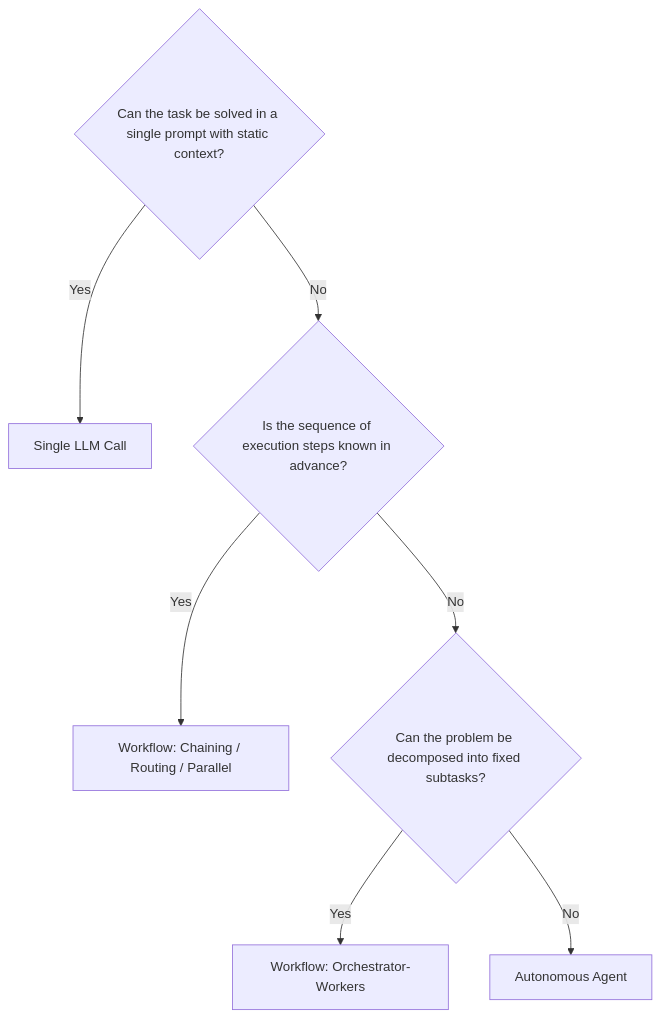
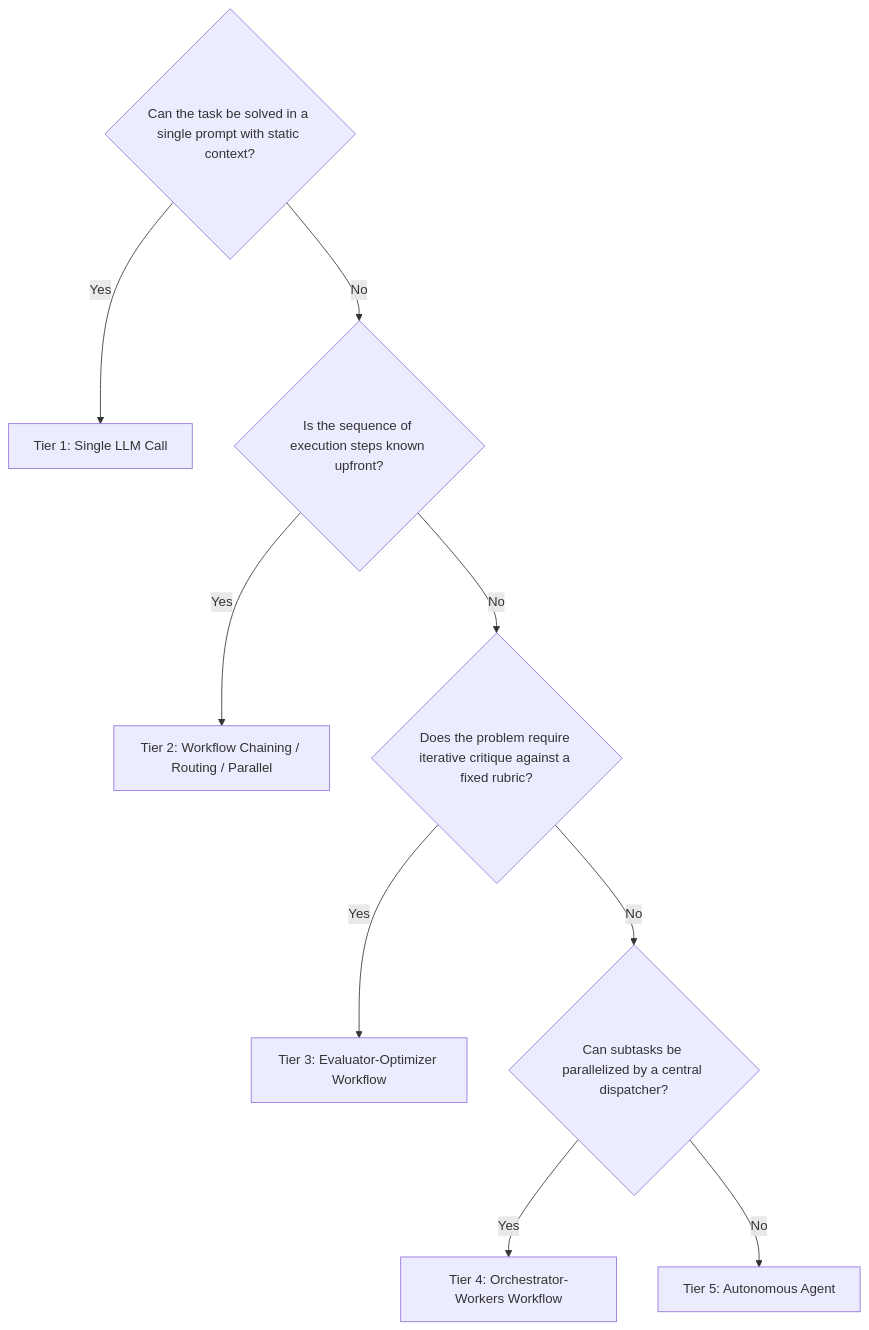
One commit to sivaskm/agentic-ai-engineering changed diagram 12 of 14 in module-01-agentic-ai-foundations/content/01-from-generative-ai-to-agentic-control-loops.md. Above: the diagram before and after it, drawn with Mermaid. The commit also changed other lines of this file, not shown here.

Commit message:
docs(module-01): enrich Unit 1.1 with Anthropic and OpenAI agent design frameworks

````diff
--- a/module-01-agentic-ai-foundations/content/01-from-generative-ai-to-agentic-control-loops.md
+++ b/module-01-agentic-ai-foundations/content/01-from-generative-ai-to-agentic-control-loops.md
@@ -321,12 +390,15 @@
 ```mermaid
 flowchart TD
     Q1{Can the task be solved in a single prompt with static context?}
-    Q1 -- Yes --> A1[Single LLM Call]
-    Q1 -- No --> Q2{Is the sequence of execution steps known in advance?}
+    Q1 -- Yes --> SingleCall[Tier 1: Single LLM Call]
+    Q1 -- No --> Q2{Is the sequence of execution steps known upfront?}
     
-    Q2 -- Yes --> A2[Workflow: Chaining / Routing / Parallel]
-    Q2 -- No --> Q3{Can the problem be decomposed into fixed subtasks?}
+    Q2 -- Yes --> Workflow[Tier 2: Workflow Chaining / Routing / Parallel]
+    Q2 -- No --> Q3{Does the problem require iterative critique against a fixed rubric?}
     
-    Q3 -- Yes --> A3[Workflow: Orchestrator-Workers]
-    Q3 -- No --> A4[Autonomous Agent]
+    Q3 -- Yes --> EvalOpt[Tier 3: Evaluator-Optimizer Workflow]
+    Q3 -- No --> Q4{Can subtasks be parallelized by a central dispatcher?}
+    
+    Q4 -- Yes --> OrchWorkers[Tier 4: Orchestrator-Workers Workflow]
+    Q4 -- No --> Agent[Tier 5: Autonomous Agent]
 ```
````
